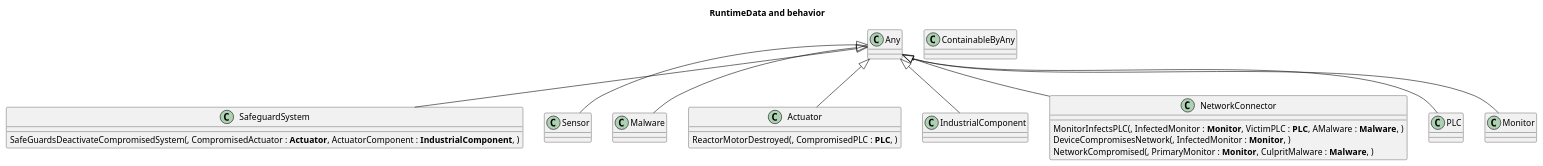
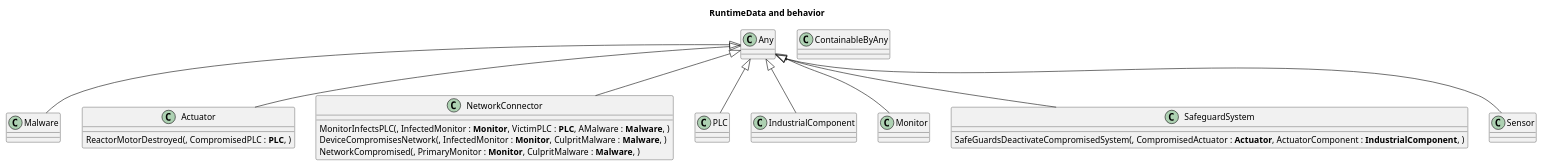
One commit to lewisccox/lc2071HonoursProject changed the diagram in doc-gen/plantuml/BehaviourDefinitions.rtd.class.plantuml. Above: the diagram before and after it, drawn with PlantUML. The commit also changed 7 other files, not shown here.

```diff
--- a/doc-gen/plantuml/BehaviourDefinitions.rtd.class.plantuml
+++ b/doc-gen/plantuml/BehaviourDefinitions.rtd.class.plantuml
@@ -1,38 +1,38 @@
 @startuml
 title RuntimeData and behavior
+class Malware  {
+}
+class Actuator  {
+	ReactorMotorDestroyed(, CompromisedPLC : **PLC**, )
+}
+class ContainableByAny  {
+}
+class NetworkConnector  {
+	MonitorInfectsPLC(, InfectedMonitor : **Monitor**, VictimPLC : **PLC**, AMalware : **Malware**, )
+	DeviceCompromisesNetwork(, InfectedMonitor : **Monitor**, CulpritMalware : **Malware**, )
+	NetworkCompromised(, PrimaryMonitor : **Monitor**, CulpritMalware : **Malware**, )
+}
+class PLC  {
+}
+class IndustrialComponent  {
+}
+class Monitor  {
+}
 class SafeguardSystem  {
 	SafeGuardsDeactivateCompromisedSystem(, CompromisedActuator : **Actuator**, ActuatorComponent : **IndustrialComponent**, )
 }
 class Sensor  {
 }
-class Malware  {
-}
-class Actuator  {
-	ReactorMotorDestroyed(, CompromisedPLC : **PLC**, )
-}
-class IndustrialComponent  {
-}
-class ContainableByAny  {
-}
 class Any  {
-}
-class NetworkConnector  {
-	MonitorInfectsPLC(, InfectedMonitor : **Monitor**, VictimPLC : **PLC**, AMalware : **Malware**, )
-	DeviceCompromisesNetwork(, InfectedMonitor : **Monitor**, )
-	NetworkCompromised(, PrimaryMonitor : **Monitor**, CulpritMalware : **Malware**, )
-}
-class PLC  {
-}
-class Monitor  {
 }
 
 
+Malware -up-|>  Any
+Actuator -up-|>  Any
+NetworkConnector -up-|>  Any
+PLC -up-|>  Any
+IndustrialComponent -up-|>  Any
+Monitor -up-|>  Any
 SafeguardSystem -up-|>  Any
 Sensor -up-|>  Any
-Malware -up-|>  Any
-Actuator -up-|>  Any
-IndustrialComponent -up-|>  Any
-NetworkConnector -up-|>  Any
-PLC -up-|>  Any
-Monitor -up-|>  Any
 @enduml
```
